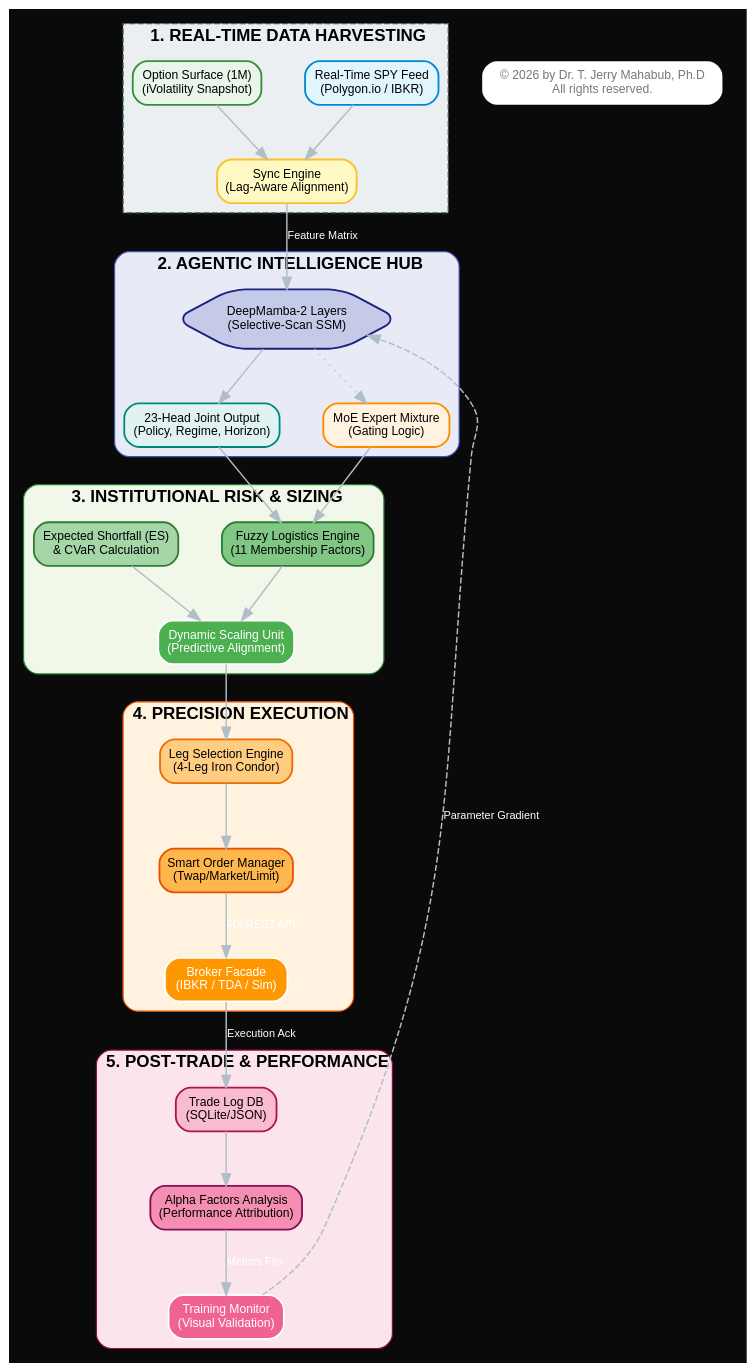
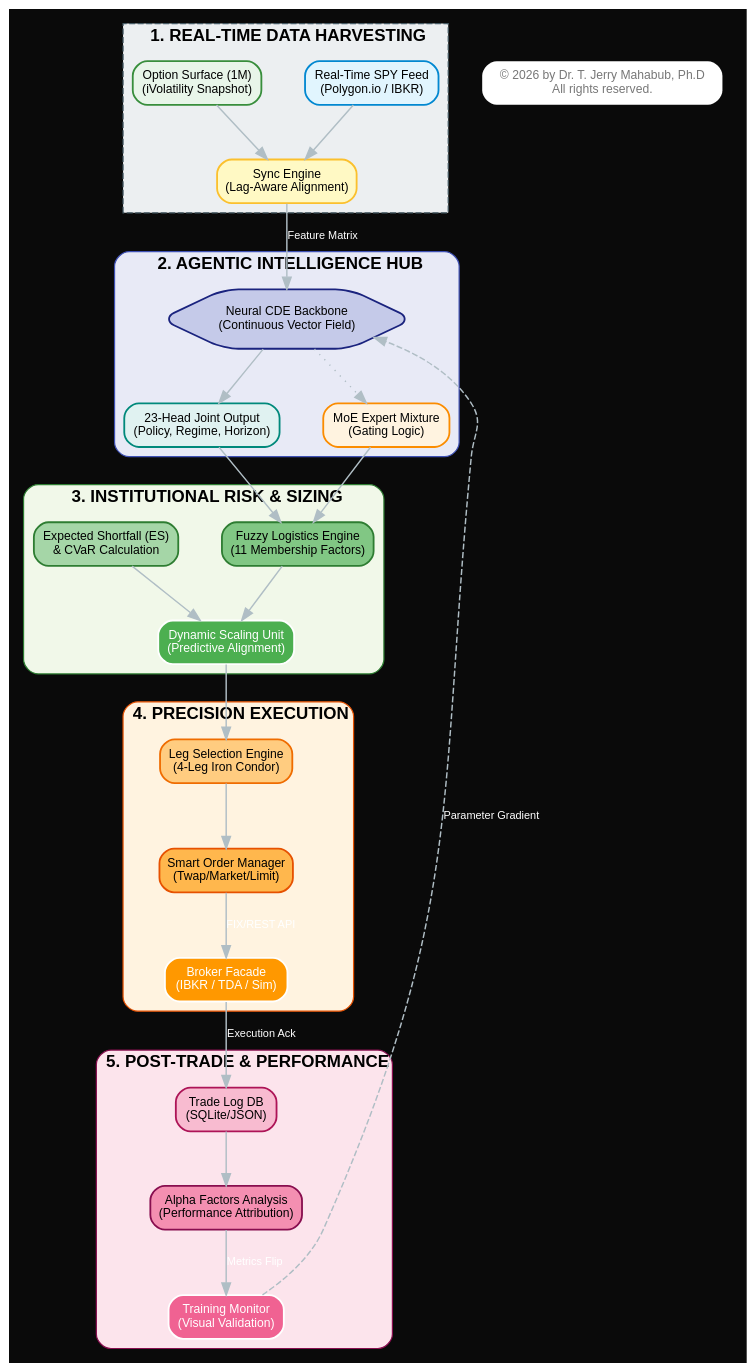
The diagram in docs/architecture/institutional_execution_flow.dot (trextrader/spy-iron-condor-trading), drawn with Graphviz before and after one commit. The commit also changed 49 other files, not shown here.

Commit message:
docs: Comprehensive migration to Neural CDE across all specifications and diagrams

```diff
--- a/docs/architecture/institutional_execution_flow.dot
+++ b/docs/architecture/institutional_execution_flow.dot
@@ -1,95 +1,95 @@
 digraph InstitutionalWorkflow {
     // Strategic Design Settings
     rankdir=TB;
     nodesep=0.5;
     ranksep=0.6;
     fontname="Arial, Helvetica, sans-serif";
     compound=true;
 
     // Global Styles
     bgcolor="#0a0a0a";
     node [shape=rect, style="filled,rounded", fontname="Arial", fontsize=10, penwidth=1.5, color="#FFFFFF", fontcolor="black"];
     edge [color="#b0bec5", penwidth=1.2, fontname="Arial", fontsize=9, fontcolor="white"];
 
     // --- PHASE 1: DATA HARVESTING ---
     subgraph cluster_data {
         label = <<b>1. REAL-TIME DATA HARVESTING</b>>;
         fillcolor = "#ECEFF1"; style = "filled,dashed"; color = "#455A64";
         
         feed_spot [label="Real-Time SPY Feed\n(Polygon.io / IBKR)", fillcolor="#E1F5FE", color="#0288D1"];
         feed_options [label="Option Surface (1M)\n(iVolatility Snapshot)", fillcolor="#E8F5E9", color="#388E3C"];
         sync_engine [label="Sync Engine\n(Lag-Aware Alignment)", fillcolor="#FFF9C4", color="#FBC02D"];
         
         feed_spot -> sync_engine;
         feed_options -> sync_engine;
     }
 
     // --- PHASE 2: INTELLIGENCE ENGINE ---
     subgraph cluster_intelligence {
         label = <<b>2. AGENTIC INTELLIGENCE HUB</b>>;
         fillcolor = "#E8EAF6"; style = "filled,rounded"; color = "#3F51B5";
         
-        mamba_core [label="DeepMamba-2 Layers\n(Selective-Scan SSM)", fillcolor="#C5CAE9", color="#1A237E", shape=hexagon];
+        cde_core [label="Neural CDE Backbone\n(Continuous Vector Field)", fillcolor="#C5CAE9", color="#1A237E", shape=hexagon];
         heads [label="23-Head Joint Output\n(Policy, Regime, Horizon)", fillcolor="#E0F2F1", color="#00897B"];
         moe_gate [label="MoE Expert Mixture\n(Gating Logic)", fillcolor="#FFF3E0", color="#FB8C00"];
         
-        mamba_core -> heads;
-        mamba_core -> moe_gate [style=dotted];
+        cde_core -> heads;
+        cde_core -> moe_gate [style=dotted];
     }
 
     // --- PHASE 3: FUZZY RISK & SIZING ---
     subgraph cluster_risk {
         label = <<b>3. INSTITUTIONAL RISK &amp; SIZING</b>>;
         fillcolor = "#F1F8E9"; style = "filled,rounded"; color = "#2E7D32";
         
         fuzzy_sizer [label="Fuzzy Logistics Engine\n(11 Membership Factors)", fillcolor="#81C784", color="#2E7D32"];
         expected_shortfall [label="Expected Shortfall (ES)\n&amp; CVaR Calculation", fillcolor="#A5D6A7", color="#2E7D32"];
         sizing_logic [label="Dynamic Scaling Unit\n(Predictive Alignment)", fillcolor="#4CAF50", fontcolor=white];
         
         heads -> fuzzy_sizer;
         moe_gate -> fuzzy_sizer;
         fuzzy_sizer -> sizing_logic;
         expected_shortfall -> sizing_logic;
     }
 
     // --- PHASE 4: EXECUTION & LIQUIDITY ---
     subgraph cluster_execution {
         label = <<b>4. PRECISION EXECUTION</b>>;
         fillcolor = "#FFF3E0"; style = "filled,rounded"; color = "#E65100";
         
         strike_select [label="Leg Selection Engine\n(4-Leg Iron Condor)", fillcolor="#FFCC80", color="#EF6C00"];
         order_mgr [label="Smart Order Manager\n(Twap/Market/Limit)", fillcolor="#FFB74D", color="#E65100"];
         broker_facade [label="Broker Facade\n(IBKR / TDA / Sim)", fillcolor="#FF9800", fontcolor=white];
         
         sizing_logic -> strike_select;
         strike_select -> order_mgr;
         order_mgr -> broker_facade [label="FIX/REST API"];
     }
 
     // --- PHASE 5: POST-TRADE ALPHA ---
     subgraph cluster_analysis {
         label = <<b>5. POST-TRADE &amp; PERFORMANCE</b>>;
         fillcolor = "#FCE4EC"; style = "filled,rounded"; color = "#880E4F";
         
         log_db [label="Trade Log DB\n(SQLite/JSON)", fillcolor="#F8BBD0", color="#AD1457"];
         alpha_report [label="Alpha Factors Analysis\n(Performance Attribution)", fillcolor="#F48FB1", color="#880E4F"];
         tensorboard [label="Training Monitor\n(Visual Validation)", fillcolor="#F06292", fontcolor=white];
         
         broker_facade -> log_db [label="Execution Ack"];
         log_db -> alpha_report;
         alpha_report -> tensorboard [label="Metrics Flip"];
     }
 
     // Cross-Phase Feedback Loop
-    sync_engine -> mamba_core [label="Feature Matrix"];
-    tensorboard -> mamba_core [label="Parameter Gradient", style=dashed, constraint=false];
+    sync_engine -> cde_core [label="Feature Matrix"];
+    tensorboard -> cde_core [label="Parameter Gradient", style=dashed, constraint=false];
 
     // Copyright Notice
     subgraph cluster_copyright {
         style=invis;
         rank=sink;
         node [shape=plaintext, fontsize=10, fontcolor="#777777", fontname="Helvetica"];
         copyright_note [label="© 2026 by Dr. T. Jerry Mahabub, Ph.D\nAll rights reserved."];
     }
 
 }
```
